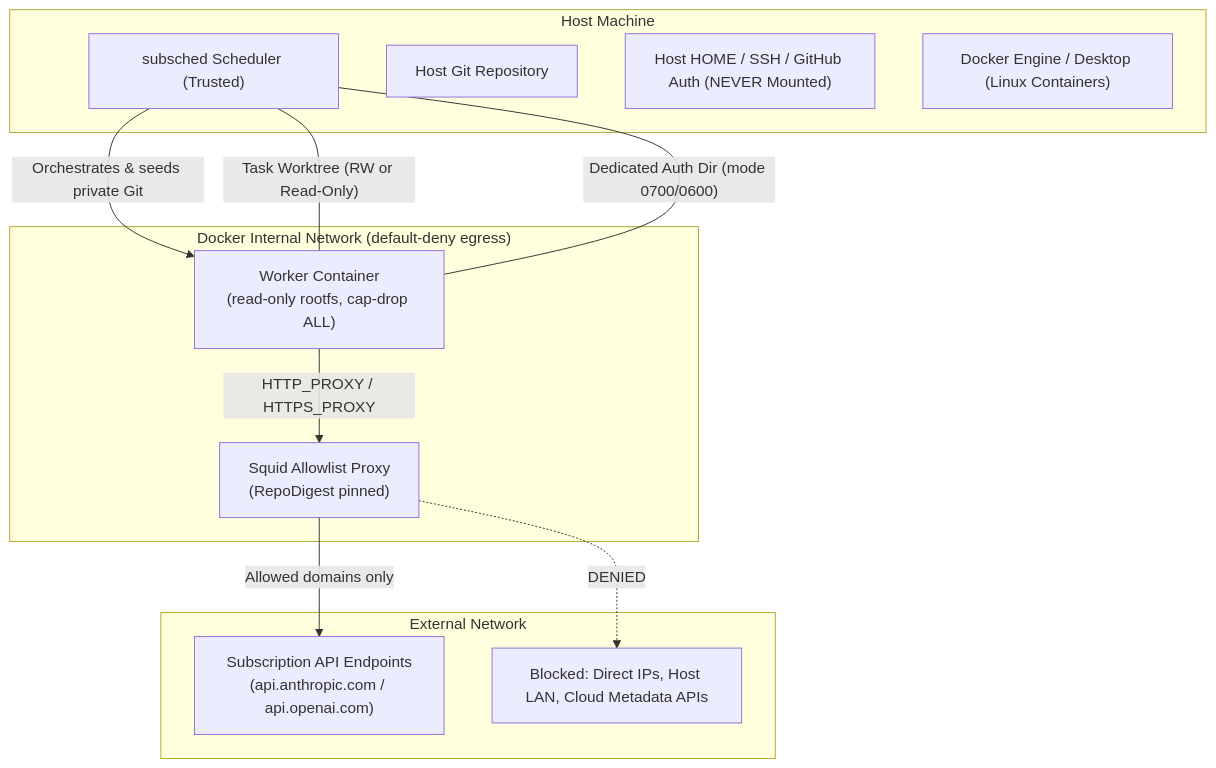
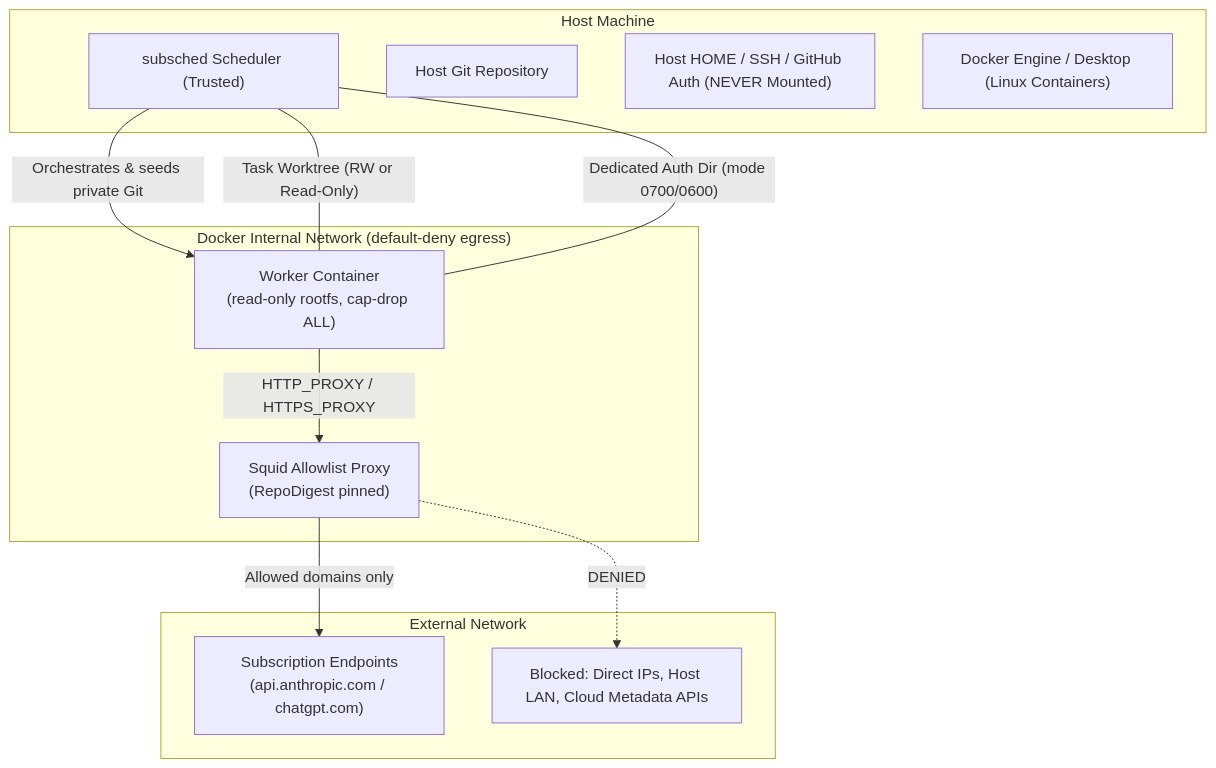
One commit to takurot/agent-scheduler changed the first of 2 diagrams in README.md. Above: the diagram before and after it, drawn with Mermaid. The commit also changed other lines of this file and 7 other files, not shown here.

````diff
--- a/README.md
+++ b/README.md
@@ -334,26 +334,26 @@
 ```mermaid
 flowchart TD
     subgraph Host["Host Machine"]
         Scheduler["subsched Scheduler (Trusted)"]
         GitRepo["Host Git Repository"]
         HostHome["Host HOME / SSH / GitHub Auth (NEVER Mounted)"]
         DockerEngine["Docker Engine / Desktop (Linux Containers)"]
     end
 
     subgraph InternalNet["Docker Internal Network (default-deny egress)"]
         WorkerContainer["Worker Container<br/>(read-only rootfs, cap-drop ALL)"]
         ProxyContainer["Squid Allowlist Proxy<br/>(RepoDigest pinned)"]
     end
 
     subgraph Internet["External Network"]
-        Providers["Subscription API Endpoints<br/>(api.anthropic.com / api.openai.com)"]
+        Providers["Subscription Endpoints<br/>(api.anthropic.com / chatgpt.com)"]
         BlockedNet["Blocked: Direct IPs, Host LAN, Cloud Metadata APIs"]
     end
 
     Scheduler -->|"Orchestrates & seeds private Git"| WorkerContainer
     WorkerContainer -->|"HTTP_PROXY / HTTPS_PROXY"| ProxyContainer
     ProxyContainer -->|"Allowed domains only"| Providers
     ProxyContainer -.->|"DENIED"| BlockedNet
     Scheduler ---|"Task Worktree (RW or Read-Only)"| WorkerContainer
     Scheduler ---|"Dedicated Auth Dir (mode 0700/0600)"| WorkerContainer
 ```
````
